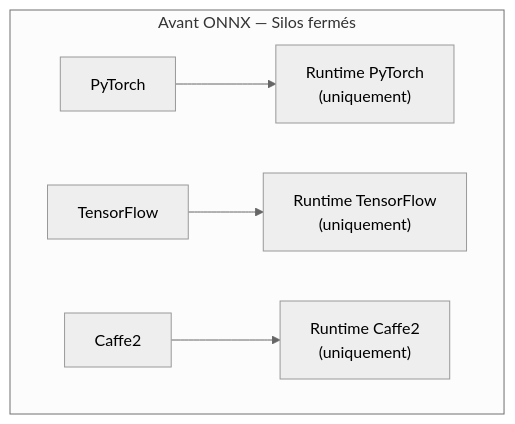
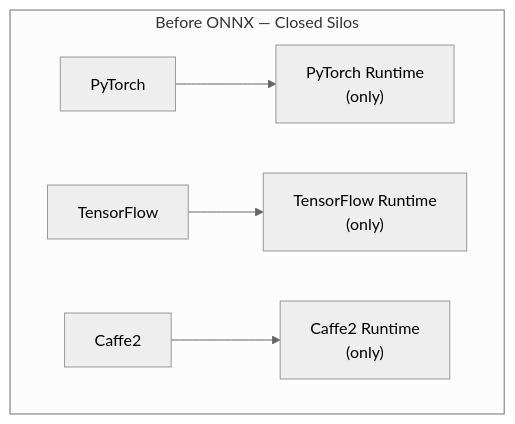
One commit to ADORSYS-GIS/Custom-Ai-Ops changed the first of 6 diagrams in docs/explain/onnx.md. Above: the diagram before and after it, drawn with Mermaid (neutral theme). The commit also changed other lines of this file, not shown here.

````diff
--- a/docs/explain/onnx.md
+++ b/docs/explain/onnx.md
@@ -37,8 +37,8 @@
 ```mermaid
 flowchart TB
-    subgraph AVANT["Avant ONNX — Silos fermés"]
-        PT1["PyTorch"] --> RT1["Runtime PyTorch\n(uniquement)"]
-        TF1["TensorFlow"] --> RT2["Runtime TensorFlow\n(uniquement)"]
-        CF1["Caffe2"] --> RT3["Runtime Caffe2\n(uniquement)"]
+    subgraph AVANT["Before ONNX — Closed Silos"]
+        PT1["PyTorch"] --> RT1["PyTorch Runtime\n(only)"]
+        TF1["TensorFlow"] --> RT2["TensorFlow Runtime\n(only)"]
+        CF1["Caffe2"] --> RT3["Caffe2 Runtime\n(only)"]
     end
 ```
````
